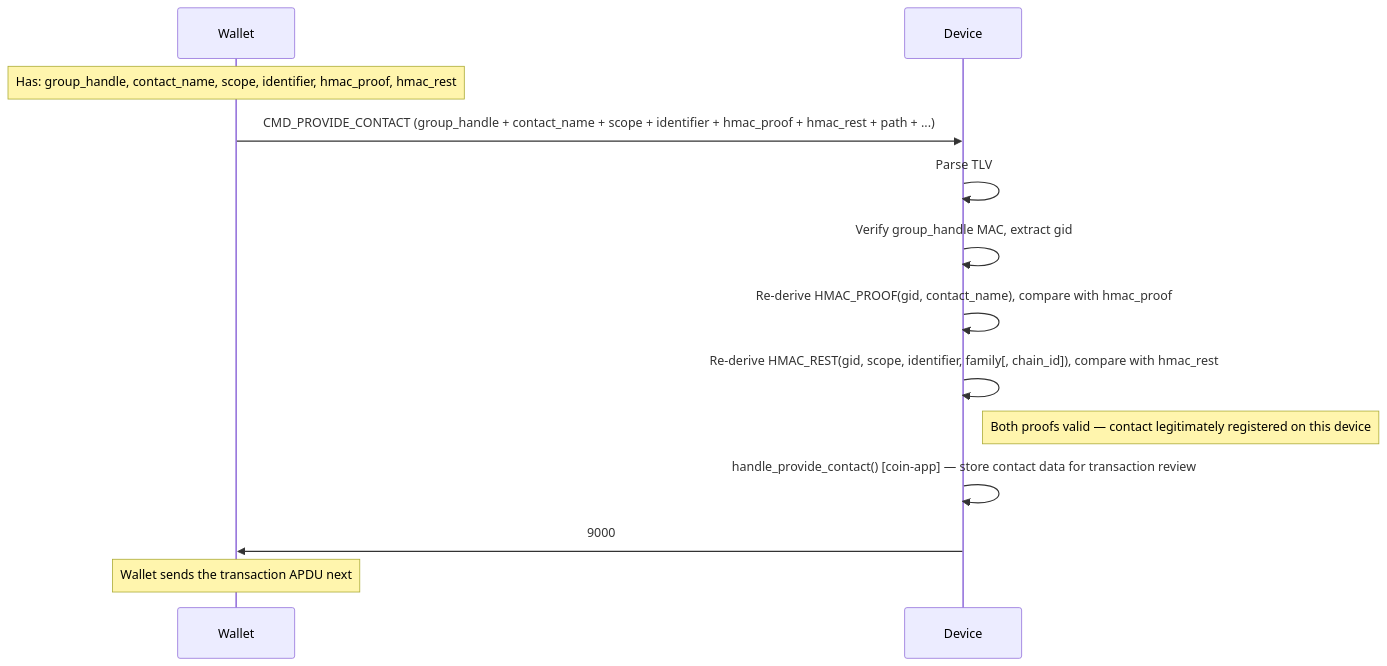
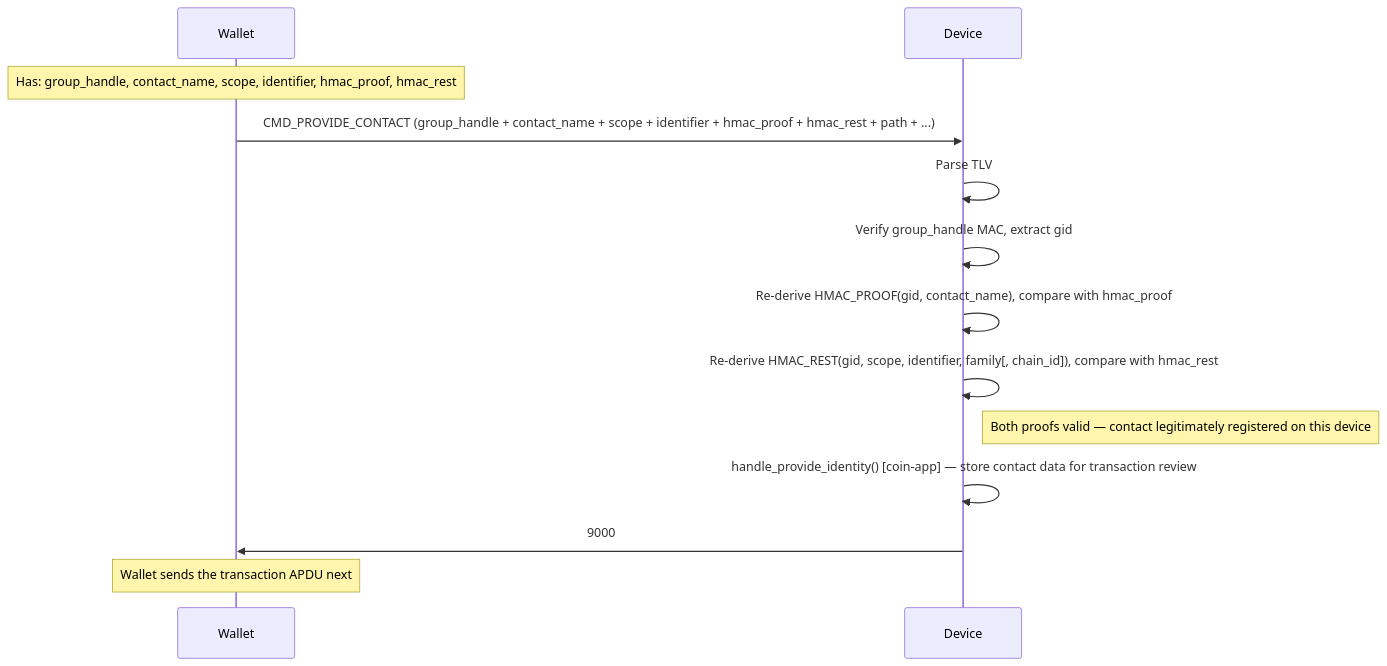
One commit to LedgerHQ/ledger-secure-sdk changed the ninth of 10 diagrams in app_features/address_book/doc/address_book_spec.md. Above: the diagram before and after it, drawn with Mermaid. The commit also changed other lines of this file, not shown here.

````diff
--- a/app_features/address_book/doc/address_book_spec.md
+++ b/app_features/address_book/doc/address_book_spec.md
@@ -668,16 +654,14 @@
 ```mermaid
 sequenceDiagram
-    participant W as Wallet
-    participant D as Device
 
-    Note over W: Has: group_handle, contact_name, scope, identifier, hmac_proof, hmac_rest
-    W->>D: CMD_PROVIDE_CONTACT (group_handle + contact_name + scope + identifier + hmac_proof + hmac_rest + path + ...)
-    D->>D: Parse TLV
-    D->>D: Verify group_handle MAC, extract gid
-    D->>D: Re-derive HMAC_PROOF(gid, contact_name), compare with hmac_proof
-    D->>D: Re-derive HMAC_REST(gid, scope, identifier, family[, chain_id]), compare with hmac_rest
-    Note right of D: Both proofs valid — contact legitimately registered on this device
-    D->>D: handle_provide_contact() [coin-app] — store contact data for transaction review
-    D->>W: 9000
-    Note over W: Wallet sends the transaction APDU next
+    Note over Wallet: Has: group_handle, contact_name, scope, identifier, hmac_proof, hmac_rest
+    Wallet->>Device: CMD_PROVIDE_CONTACT (group_handle + contact_name + scope + identifier + hmac_proof + hmac_rest + path + ...)
+    Device->>Device: Parse TLV
+    Device->>Device: Verify group_handle MAC, extract gid
+    Device->>Device: Re-derive HMAC_PROOF(gid, contact_name), compare with hmac_proof
+    Device->>Device: Re-derive HMAC_REST(gid, scope, identifier, family[, chain_id]), compare with hmac_rest
+    Note right of Device: Both proofs valid — contact legitimately registered on this device
+    Device->>Device: handle_provide_identity() [coin-app] — store contact data for transaction review
+    Device->>Wallet: 9000
+    Note over Wallet: Wallet sends the transaction APDU next
 ```
````
